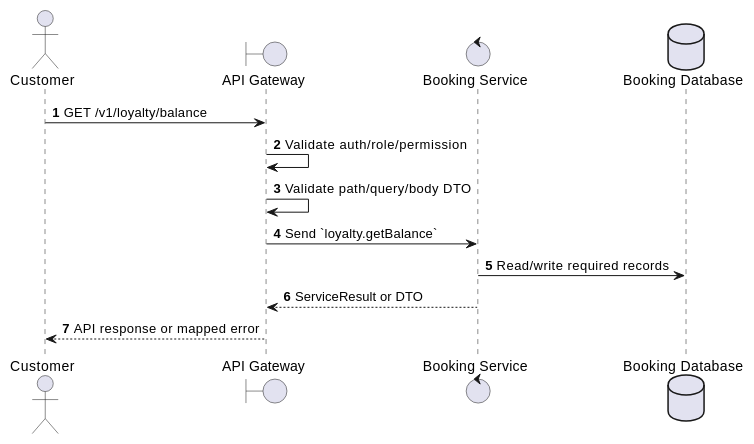
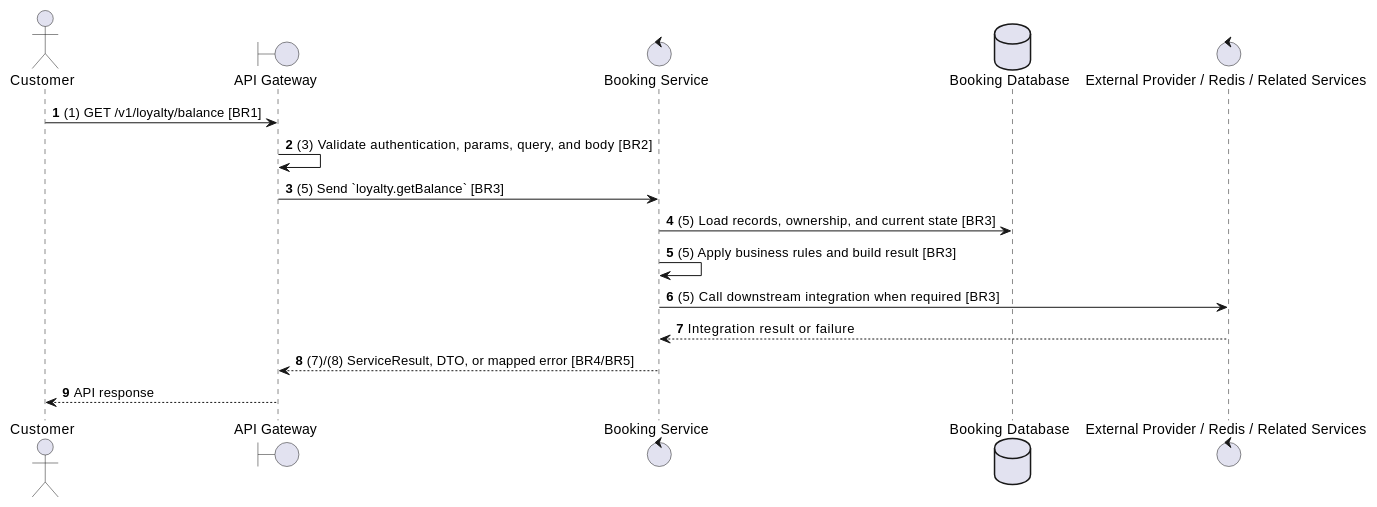
Before and after one commit to Tanh1603/movie-hub-architecture: the second of 2 diagrams in docs/functional_specs/3.11_Loyalty_Points_Module/LY-01_Get_Loyalty_Balance.md, drawn with PlantUML. The commit also changed other lines of this file and 129 other files, not shown here.

````diff
--- a/docs/functional_specs/3.11_Loyalty_Points_Module/LY-01_Get_Loyalty_Balance.md
+++ b/docs/functional_specs/3.11_Loyalty_Points_Module/LY-01_Get_Loyalty_Balance.md
@@ -17,17 +64,20 @@
 ```plantuml
 @startuml
 autonumber
 actor "Customer" as Actor
 boundary "API Gateway" as GW
 control "Booking Service" as SVC
 database "Booking Database" as DB
+control "External Provider / Redis / Related Services" as EXT
 
-Actor -> GW: GET /v1/loyalty/balance
-GW -> GW: Validate auth/role/permission
-GW -> GW: Validate path/query/body DTO
-GW -> SVC: Send `loyalty.getBalance`
-SVC -> DB: Read/write required records
-SVC --> GW: ServiceResult or DTO
-GW --> Actor: API response or mapped error
+Actor -> GW: (1) GET /v1/loyalty/balance [BR1]
+GW -> GW: (3) Validate authentication, params, query, and body [BR2]
+GW -> SVC: (5) Send `loyalty.getBalance` [BR3]
+SVC -> DB: (5) Load records, ownership, and current state [BR3]
+SVC -> SVC: (5) Apply business rules and build result [BR3]
+SVC -> EXT: (5) Call downstream integration when required [BR3]
+EXT --> SVC: Integration result or failure
+SVC --> GW: (7)/(8) ServiceResult, DTO, or mapped error [BR4/BR5]
+GW --> Actor: API response
 @enduml
 ```
````
